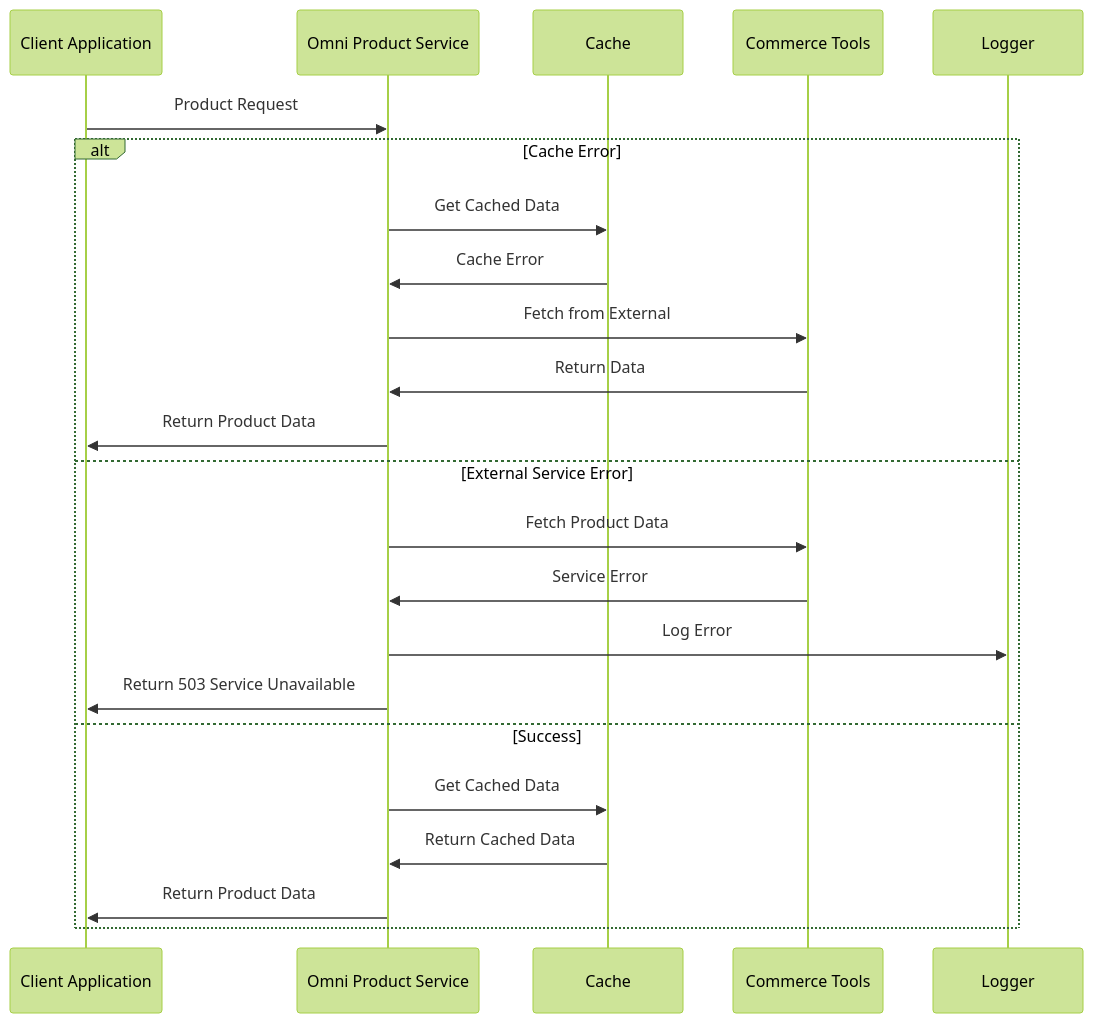
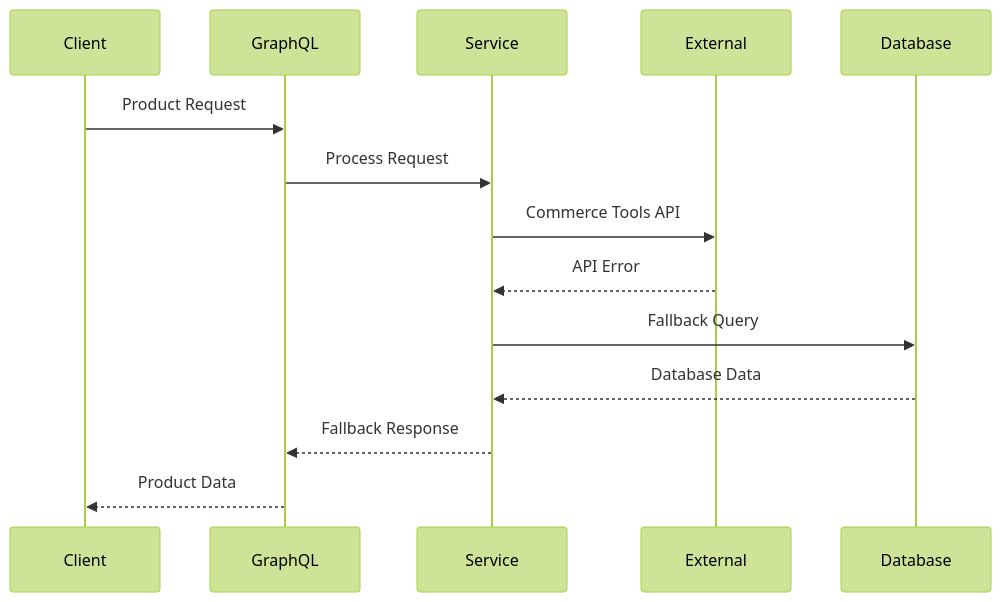
One commit to aahmadseph/SST-Phase-2 changed the second of 12 diagrams in generated-docs/omni-product-service-architecture.md. Above: the diagram before and after it, drawn with Mermaid (forest theme). The commit also changed other lines of this file and 13 other files, not shown here.

````diff
--- a/generated-docs/omni-product-service-architecture.md
+++ b/generated-docs/omni-product-service-architecture.md
@@ -762,27 +209,17 @@
 ```mermaid
 sequenceDiagram
-    participant Client as Client Application
-    participant OmniProduct as Omni Product Service
-    participant Cache as Cache
-    participant Commerce as Commerce Tools
-    participant Logger as Logger
+    participant Client
+    participant GraphQL
+    participant Service
+    participant External
+    participant Database
     
-    Client->>OmniProduct: Product Request
-    
-    alt Cache Error
-        OmniProduct->>Cache: Get Cached Data
-        Cache->>OmniProduct: Cache Error
-        OmniProduct->>Commerce: Fetch from External
-        Commerce->>OmniProduct: Return Data
-        OmniProduct->>Client: Return Product Data
-    else External Service Error
-        OmniProduct->>Commerce: Fetch Product Data
-        Commerce->>OmniProduct: Service Error
-        OmniProduct->>Logger: Log Error
-        OmniProduct->>Client: Return 503 Service Unavailable
-    else Success
-        OmniProduct->>Cache: Get Cached Data
-        Cache->>OmniProduct: Return Cached Data
-        OmniProduct->>Client: Return Product Data
-    end
+    Client->>GraphQL: Product Request
+    GraphQL->>Service: Process Request
+    Service->>External: Commerce Tools API
+    External-->>Service: API Error
+    Service->>Database: Fallback Query
+    Database-->>Service: Database Data
+    Service-->>GraphQL: Fallback Response
+    GraphQL-->>Client: Product Data
 ```
````
